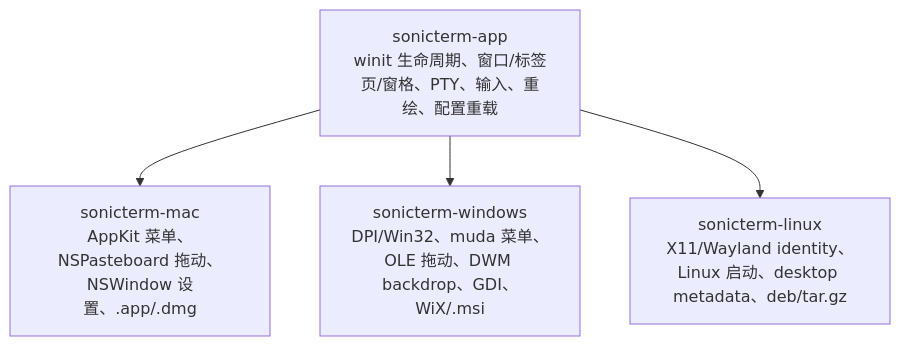
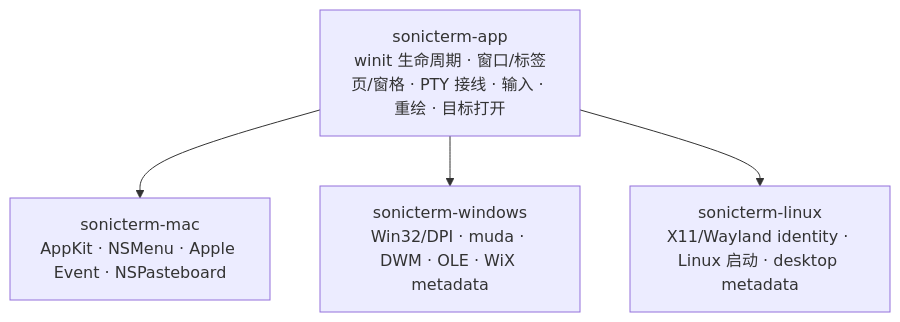
The second of 2 diagrams in wiki/Platform-Integration.md (D0n9X1n/SonicTerm), drawn with Mermaid before and after one commit. The commit also changed other lines of this file and 33 other files, not shown here.

````diff
--- a/wiki/Platform-Integration.md
+++ b/wiki/Platform-Integration.md
@@ -240,11 +213,11 @@
 ```mermaid
 flowchart TD
-    app["sonicterm-app<br/>winit 生命周期、窗口/标签页/窗格、PTY、输入、重绘、配置重载"]
-    mac["sonicterm-mac<br/>AppKit 菜单、NSPasteboard 拖动、NSWindow 设置、.app/.dmg"]
-    win["sonicterm-windows<br/>DPI/Win32、muda 菜单、OLE 拖动、DWM backdrop、GDI、WiX/.msi"]
-    linux["sonicterm-linux<br/>X11/Wayland identity、Linux 启动、desktop metadata、deb/tar.gz"]
+    app["sonicterm-app<br/>winit 生命周期 · 窗口/标签页/窗格 · PTY 接线 · 输入 · 重绘 · 目标打开"]
+    mac["sonicterm-mac<br/>AppKit · NSMenu · Apple Event · NSPasteboard"]
+    win["sonicterm-windows<br/>Win32/DPI · muda · DWM · OLE · WiX metadata"]
+    linux["sonicterm-linux<br/>X11/Wayland identity · Linux 启动 · desktop metadata"]
 
     app --> mac
     app --> win
     app --> linux
 ```
````
